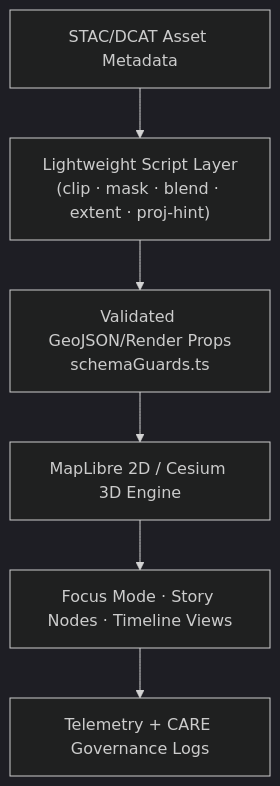
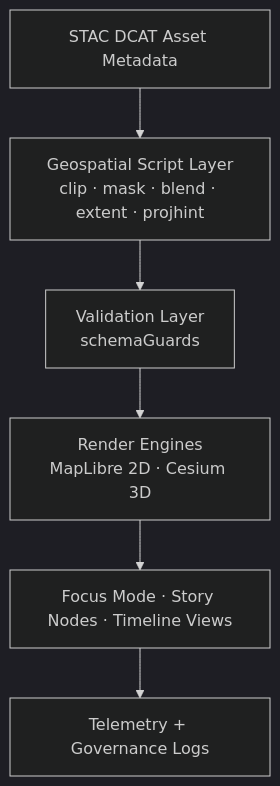
Before and after one commit to bartytime4life/Kansas-Frontier-Matrix: the first of 7 diagrams in web/src/pipelines/geospatial/scripts/README.md, drawn with Mermaid (dark theme). The commit also changed other lines of this file, not shown here.

````diff
--- a/web/src/pipelines/geospatial/scripts/README.md
+++ b/web/src/pipelines/geospatial/scripts/README.md
@@ -104,8 +76,8 @@
-~~~~~mermaid
+```mermaid
 flowchart TD
-  A["STAC/DCAT Asset Metadata"] --> B["Lightweight Script Layer<br/>(clip · mask · blend · extent · proj-hint)"]
-  B --> C["Validated GeoJSON/Render Props<br/>schemaGuards.ts"]
-  C --> D["MapLibre 2D / Cesium 3D Engine"]
-  D --> E["Focus Mode · Story Nodes · Timeline Views"]
-  E --> F["Telemetry + CARE Governance Logs"]
-~~~~~
+    STAC[STAC DCAT Asset Metadata] --> SCRIPTS[Geospatial Script Layer<br/>clip · mask · blend · extent · projhint]
+    SCRIPTS --> VALID[Validation Layer<br/>schemaGuards]
+    VALID --> RENDER[Render Engines<br/>MapLibre 2D · Cesium 3D]
+    RENDER --> UI[Focus Mode · Story Nodes · Timeline Views]
+    UI --> TEL[Telemetry + Governance Logs]
+```
````
